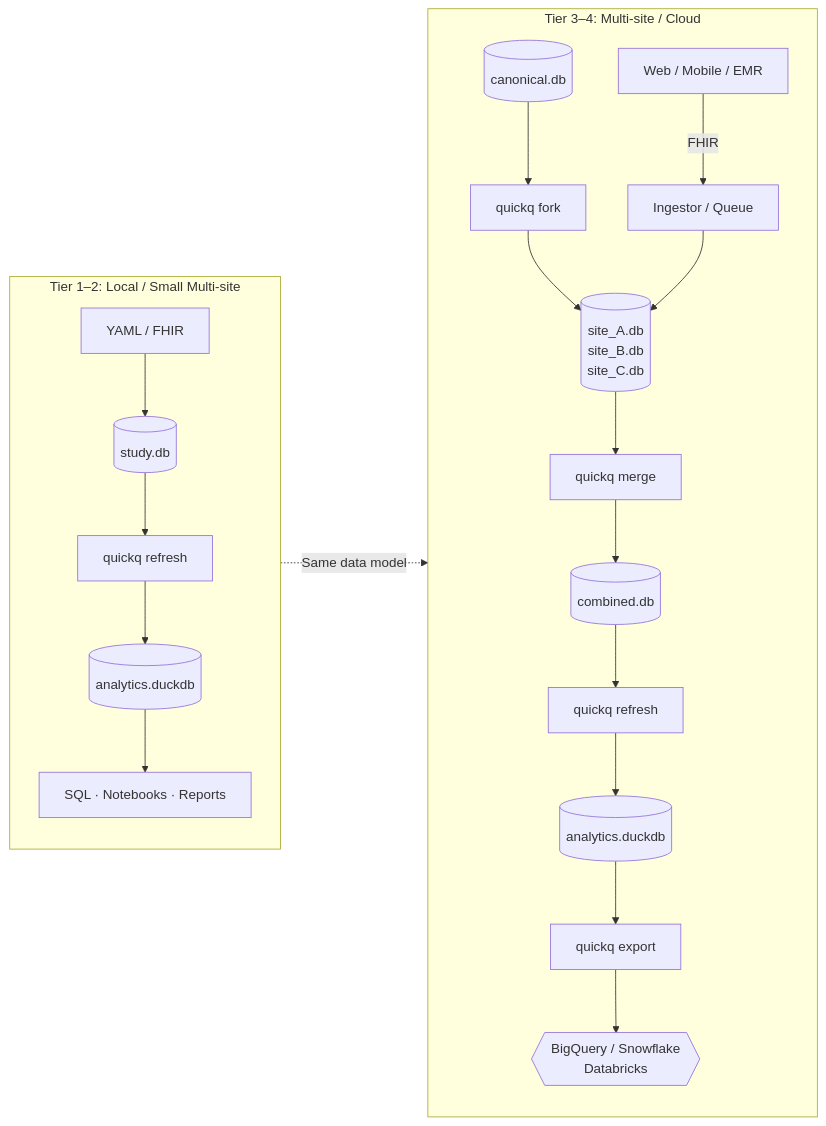
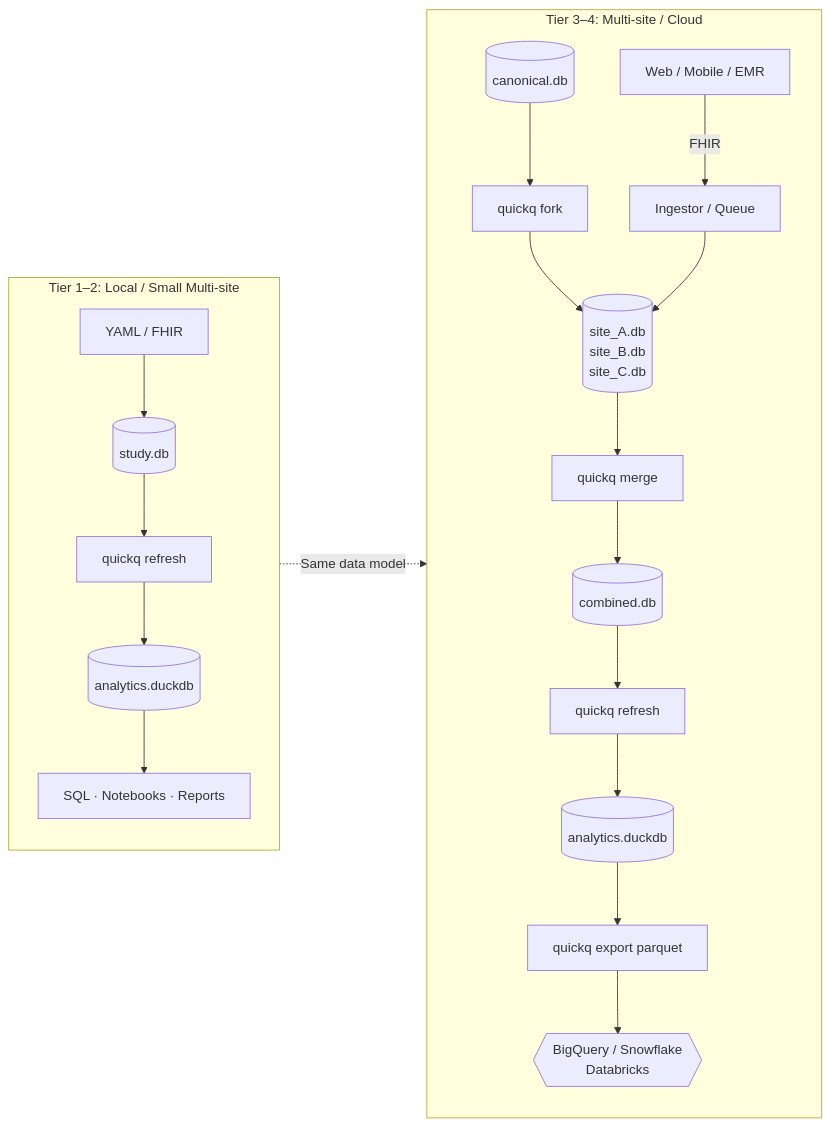
The diagram in docs/design_decisions.md (quickq-io/quickq), drawn with Mermaid before and after one commit. The commit also changed other lines of this file and 4 other files, not shown here.

````diff
--- a/docs/design_decisions.md
+++ b/docs/design_decisions.md
@@ -63,26 +63,26 @@
 ```mermaid
 flowchart LR
     subgraph Local ["Tier 1–2: Local / Small Multi-site"]
         direction TB
         L_Input[YAML / FHIR] --> L_SQLite[(study.db)]
         L_SQLite --> L_Refresh[quickq refresh]
         L_Refresh --> L_DuckDB[(analytics.duckdb)]
         L_DuckDB --> L_Analyze[SQL · Notebooks · Reports]
     end
 
     subgraph Cloud ["Tier 3–4: Multi-site / Cloud"]
         direction TB
         C_Canonical[(canonical.db)] --> C_Fork[quickq fork]
         C_Fork --> C_Sites[(site_A.db\nsite_B.db\nsite_C.db)]
         C_Apps[Web / Mobile / EMR] -- FHIR --> C_Queue[Ingestor / Queue]
         C_Queue --> C_Sites
         C_Sites --> C_Merge[quickq merge]
         C_Merge --> C_Combined[(combined.db)]
         C_Combined --> C_Refresh[quickq refresh]
         C_Refresh --> C_OLAP[(analytics.duckdb)]
-        C_OLAP --> C_Parquet[quickq export]
+        C_OLAP --> C_Parquet[quickq export parquet]
         C_Parquet --> C_Warehouse{{BigQuery / Snowflake\nDatabricks}}
     end
 
     Local -. "Same data model" .-> Cloud
 ```
````
